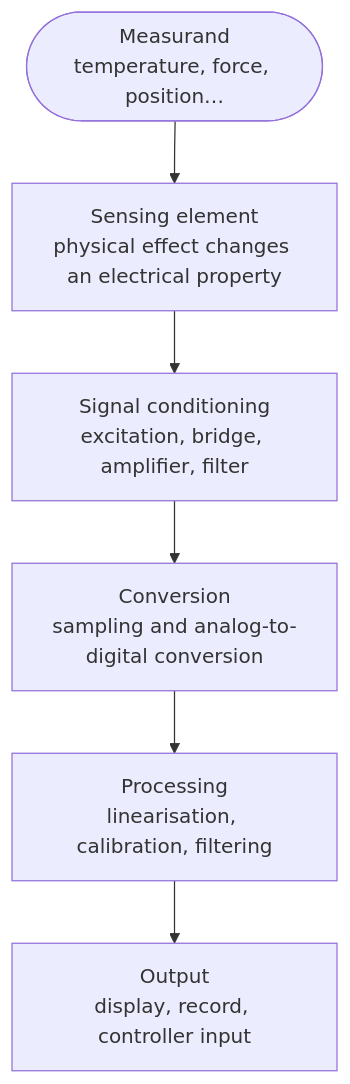
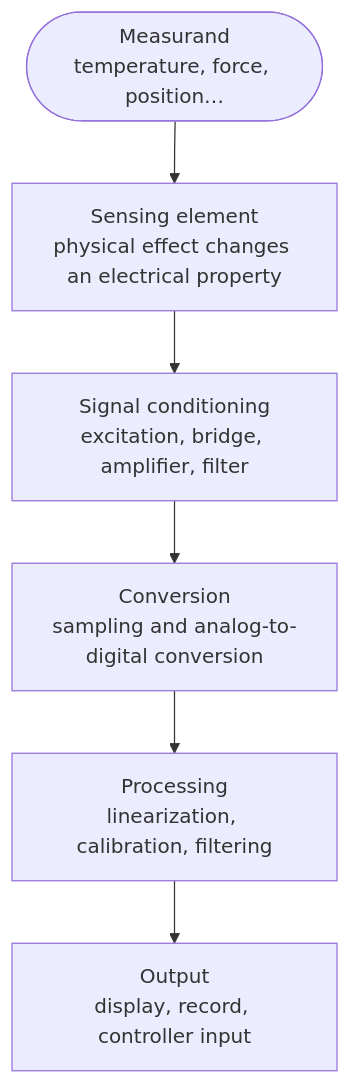
The diagram in src/content/blog/measurement-systems-and-sensor-characteristics.mdx (acrr-asia/acrr), drawn with Mermaid before and after one commit. The commit also changed other lines of this file and 16 other files, not shown here.

````diff
--- a/src/content/blog/measurement-systems-and-sensor-characteristics.mdx
+++ b/src/content/blog/measurement-systems-and-sensor-characteristics.mdx
@@ -42,8 +42,8 @@
 ```mermaid
 flowchart TB
     M(["Measurand<br/>temperature, force, position…"]) --> S["Sensing element<br/>physical effect changes an electrical property"]
     S --> C["Signal conditioning<br/>excitation, bridge, amplifier, filter"]
     C --> A["Conversion<br/>sampling and analog-to-digital conversion"]
-    A --> P["Processing<br/>linearisation, calibration, filtering"]
+    A --> P["Processing<br/>linearization, calibration, filtering"]
     P --> O["Output<br/>display, record, controller input"]
 ```
````
